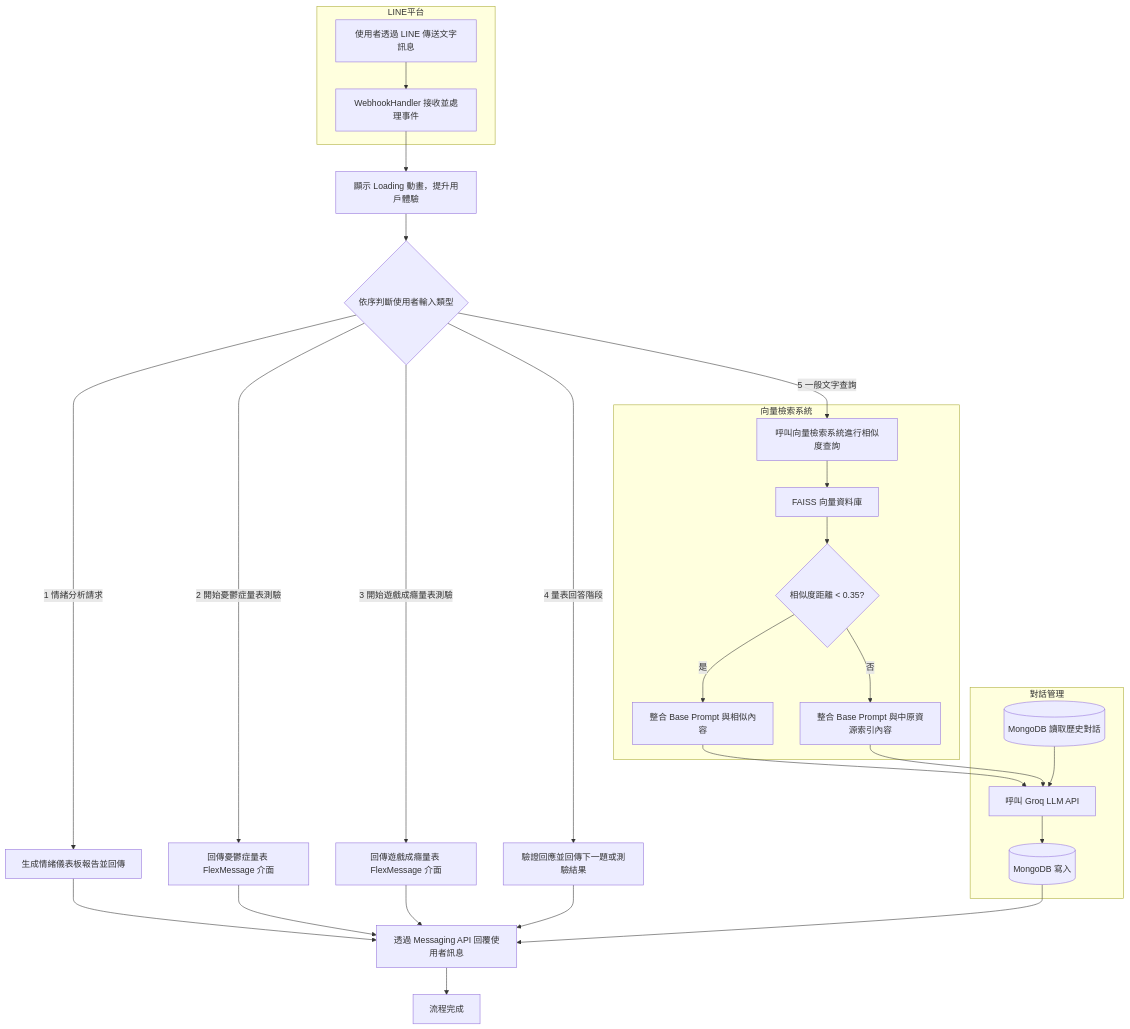
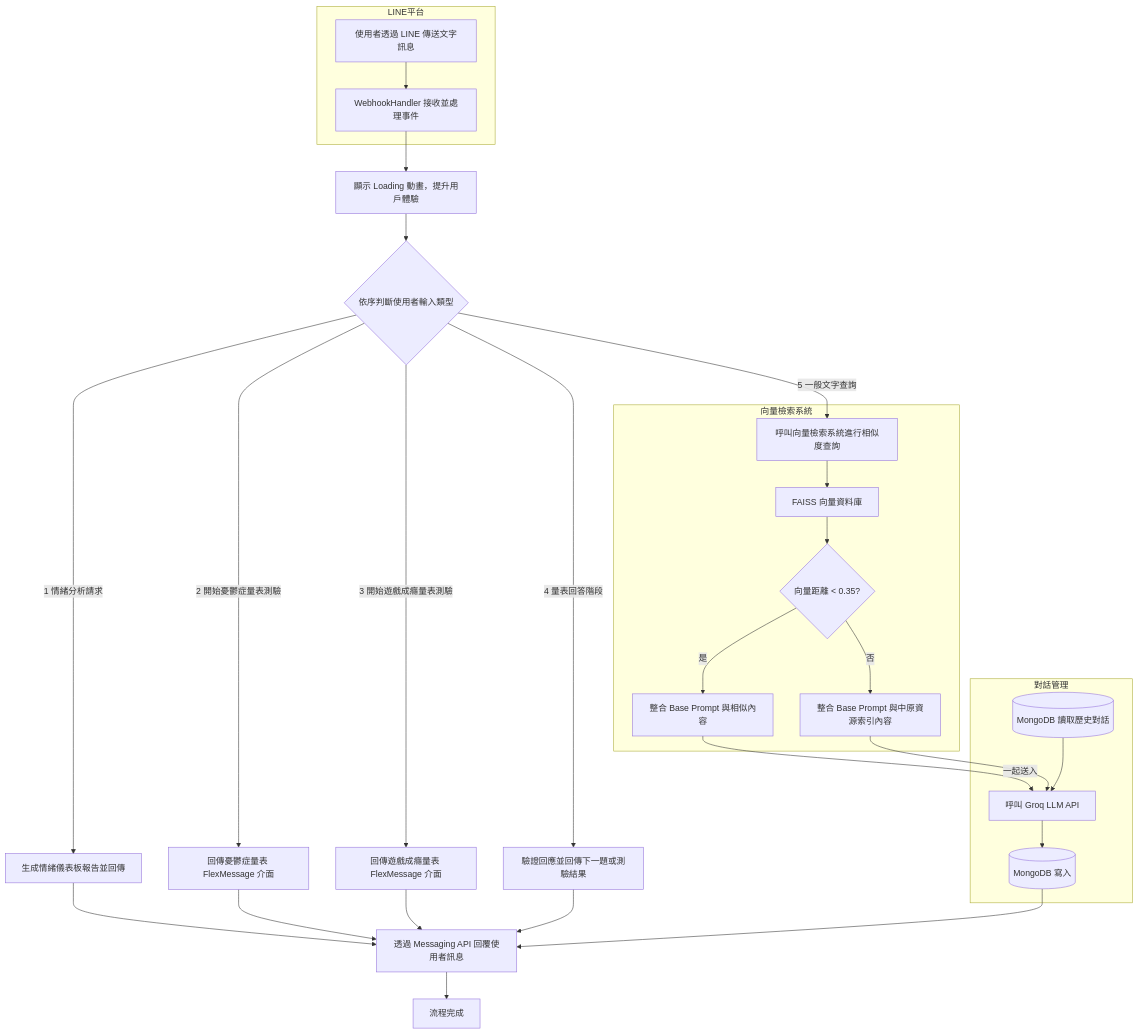
The diagram in README.md (aurorajojo/line_app), drawn with Mermaid before and after one commit.

````diff
--- a/README.md
+++ b/README.md
@@ -3,46 +3,46 @@
 ```mermaid
 flowchart TD
     subgraph LINE平台
         A[使用者透過 LINE 傳送文字訊息] --> B[WebhookHandler 接收並處理事件]
     end
 
     B --> C[顯示 Loading 動畫，提升用戶體驗]
 
     C --> D{依序判斷使用者輸入類型}
 
     D -->|1 情緒分析請求| E[生成情緒儀表板報告並回傳]
     E --> O1
 
     D -->|2 開始憂鬱症量表測驗| F[回傳憂鬱症量表 FlexMessage 介面]
     F --> O1
 
     D -->|3 開始遊戲成癮量表測驗| G[回傳遊戲成癮量表 FlexMessage 介面]
     G --> O1
 
     D -->|4 量表回答階段| H[驗證回應並回傳下一題或測驗結果]
     H --> O1
 
     D -->|5 一般文字查詢| I[呼叫向量檢索系統進行相似度查詢]
 
     subgraph 向量檢索系統
         I --> V1[FAISS 向量資料庫]
-        V1 --> Q{相似度距離 < 0.35?}
+        V1 --> Q{向量距離 < 0.35?}
         Q -->|是| J[整合 Base Prompt 與相似內容]
         Q -->|否| R[整合 Base Prompt 與中原資源索引內容]
     end
 
     subgraph 對話管理
-        J --> L[呼叫 Groq LLM API]
+        J --> |一起送入| L[呼叫 Groq LLM API]
         R --> L
         MDB_Read[(MongoDB 讀取歷史對話)]
         MDB_Write[(MongoDB 寫入)]
 
 
         MDB_Read --> L
         L --> MDB_Write
         
     end
     MDB_Write --> O1
     O1[透過 Messaging API 回覆使用者訊息] --> Z[流程完成]
 
 ```
````
